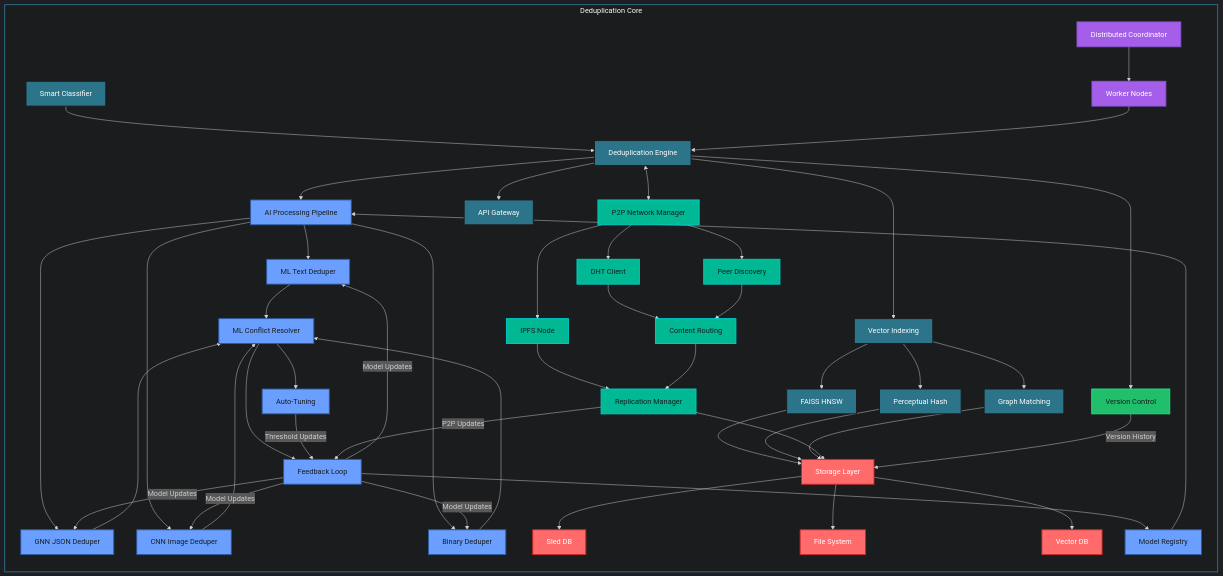
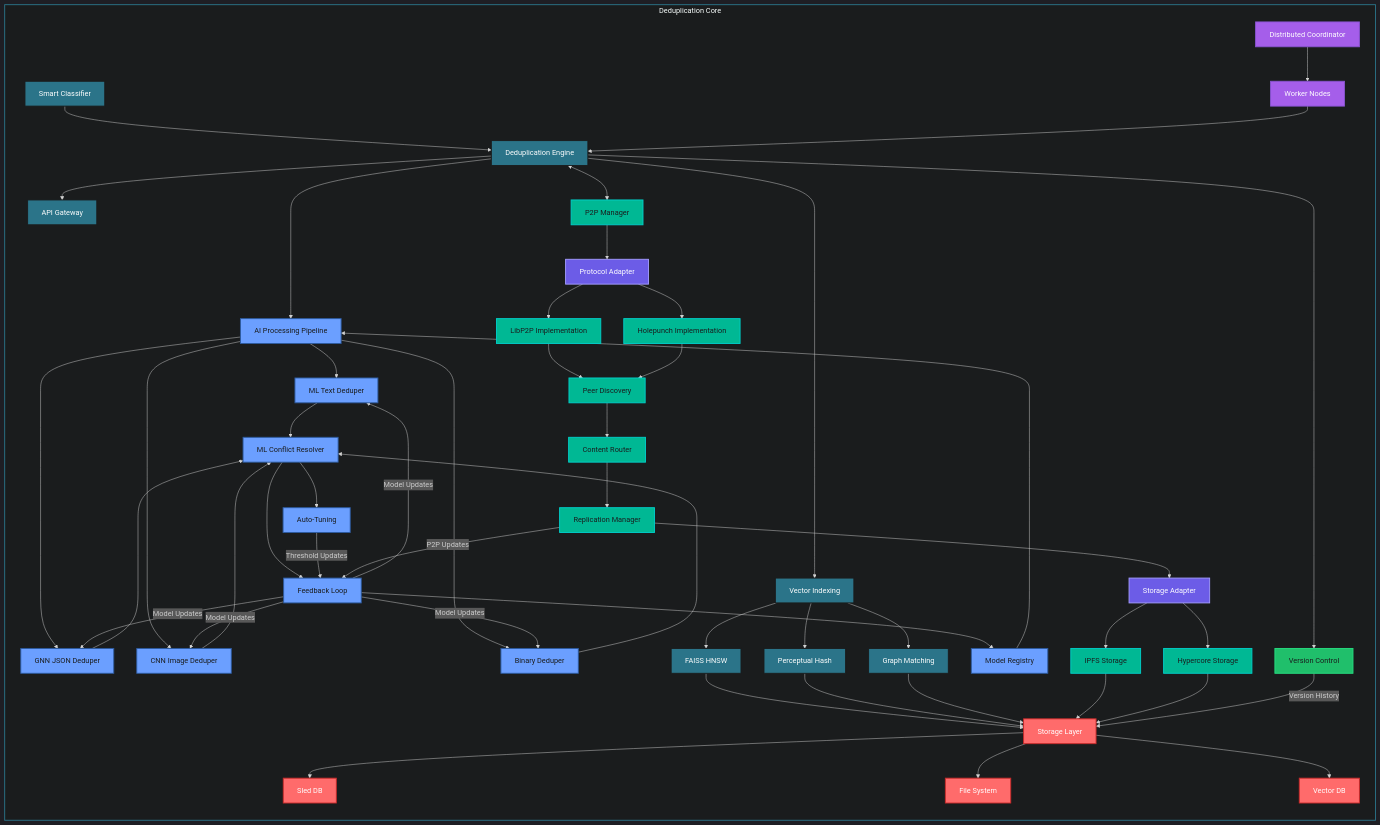
The second of 2 diagrams in ReadMe.md (jermsam/jdeduplix), drawn with Mermaid before and after one commit. The commit also changed other lines of this file, not shown here.

Commit message:
broken down diagram for clarity

```diff
--- a/ReadMe.md
+++ b/ReadMe.md
@@ -142,6 +115,7 @@
     classDef dist fill:#a55eea,stroke:#8854d0,stroke-width:2px,color:white
     classDef version fill:#20bf6b,stroke:#26de81,stroke-width:2px,color:#1a1c1d
     classDef p2p fill:#00b894,stroke:#00cec9,stroke-width:2px,color:#1a1c1d
+    classDef adapter fill:#6c5ce7,stroke:#a29bfe,stroke-width:2px,color:white
 
     subgraph Core[Deduplication Core]
         direction TB
@@ -163,7 +137,7 @@
         J2[File System]:::storage
         J3[Vector DB]:::storage
         
-        %% New Components
+        %% Core Components
         K[Model Registry]:::ai
         L[Feedback Loop]:::ai
         M[Version Control]:::version
@@ -172,12 +146,16 @@
         P[API Gateway]:::engine
         
         %% P2P Components
-        Q[P2P Network Manager]:::p2p
-        R[DHT Client]:::p2p
-        S[IPFS Node]:::p2p
+        Q[P2P Manager]:::p2p
+        R[Protocol Adapter]:::adapter
+        S1[LibP2P Implementation]:::p2p
+        S2[Holepunch Implementation]:::p2p
         T[Peer Discovery]:::p2p
-        U[Content Routing]:::p2p
+        U[Content Router]:::p2p
         V[Replication Manager]:::p2p
+        W[Storage Adapter]:::adapter
+        X1[IPFS Storage]:::p2p
+        X2[Hypercore Storage]:::p2p
         
         A --> B
         B --> C
@@ -189,7 +167,7 @@
         H1 & H2 & H3 --> I
         I --> J1 & J2 & J3
         
-        %% New Connections
+        %% Core Connections
         E --> L
         L --> K
         K --> C
@@ -200,12 +178,14 @@
         
         %% P2P Connections
         B <--> Q
-        Q --> R & S & T
-        R --> U
-        S --> V
+        Q --> R
+        R --> S1 & S2
+        S1 & S2 --> T
         T --> U
         U --> V
-        V --> I
+        V --> W
+        W --> X1 & X2
+        X1 & X2 --> I
         
         %% Feedback Loops
         L --> |Model Updates| D1 & D2 & D3 & D4
```
